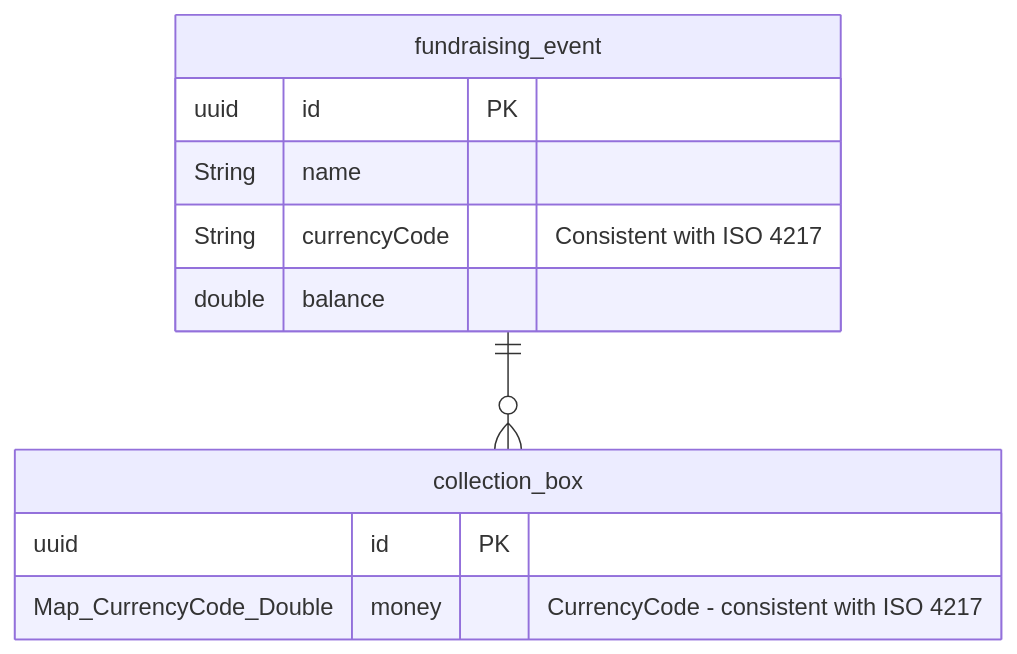
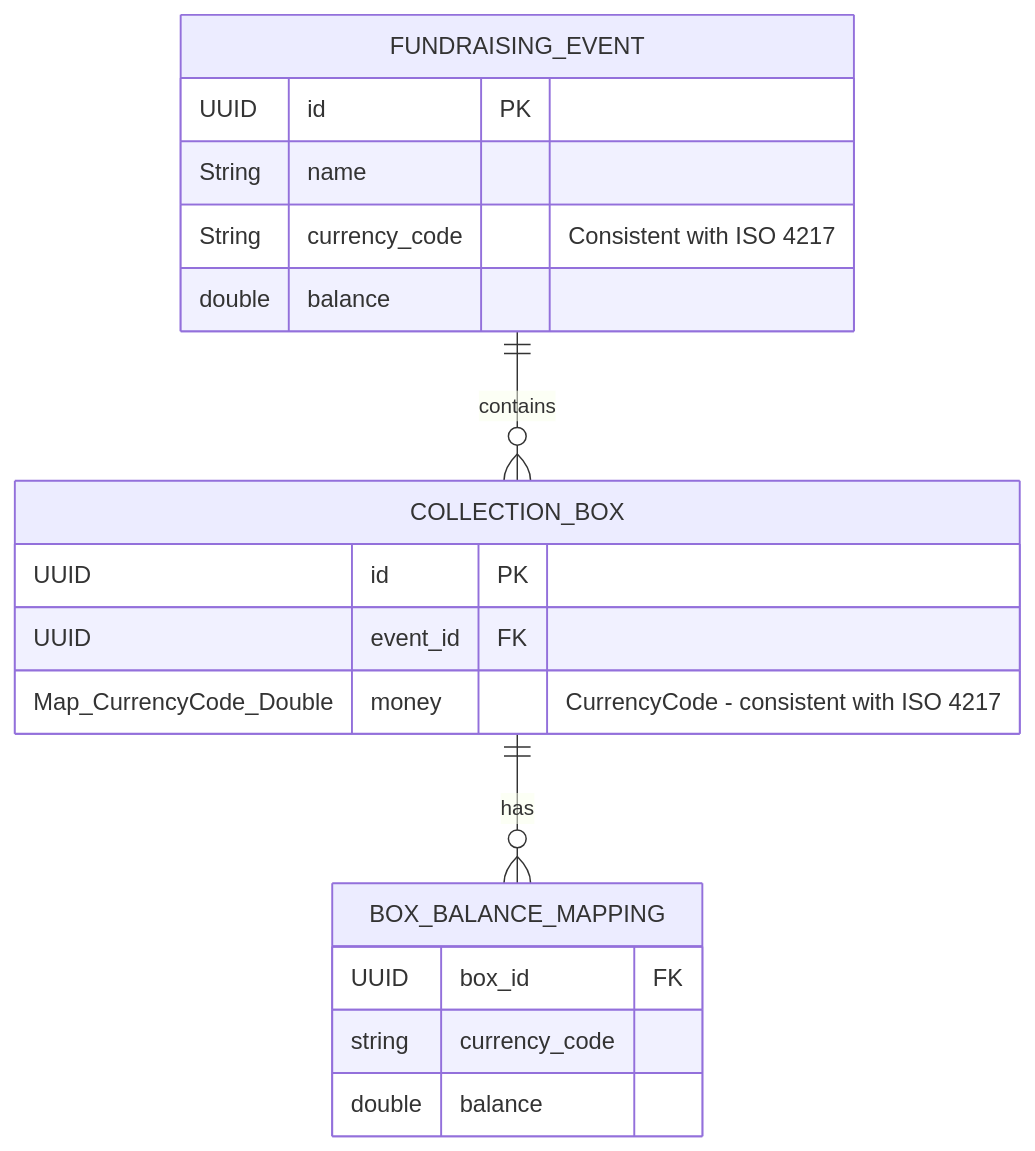
Before and after one commit to WajHub/InternshipTask-CharityBox: the diagram in README.md, drawn with Mermaid. The commit also changed 4 other files, not shown here.

Commit message:
correct database schema

````diff
--- a/README.md
+++ b/README.md
@@ -26,17 +26,25 @@
 ```mermaid
-   erDiagram
+  erDiagram
    
-       fundraising_event {
-           uuid id PK
-           String name
-           String currencyCode "Consistent with ISO 4217"
-           double balance
+       FUNDRAISING_EVENT {
+            UUID id PK
+            String name
+            String currency_code "Consistent with ISO 4217"
+            double balance
        }
    
-       collection_box{
-           uuid id PK
-           Map_CurrencyCode_Double money "CurrencyCode - consistent with ISO 4217"
+       COLLECTION_BOX{
+            UUID id PK
+            UUID event_id FK
+            Map_CurrencyCode_Double money "CurrencyCode - consistent with ISO 4217"
+       }
+
+       BOX_BALANCE_MAPPING{
+            UUID box_id FK
+            string currency_code
+            double balance
        }
    
-       fundraising_event ||--o{ collection_box: ""
+        FUNDRAISING_EVENT ||--o{ COLLECTION_BOX : contains
+        COLLECTION_BOX ||--o{ BOX_BALANCE_MAPPING : has
 ```
````
